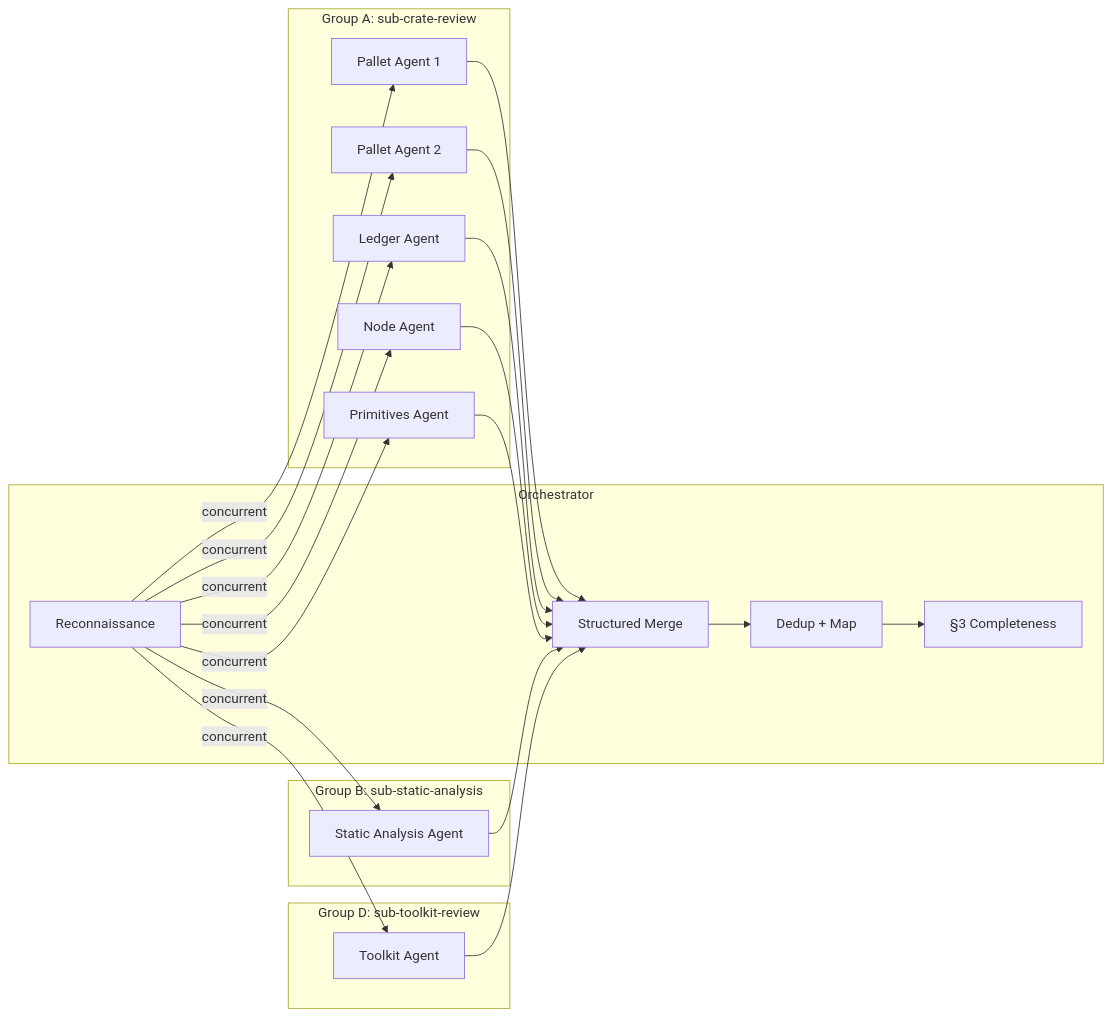
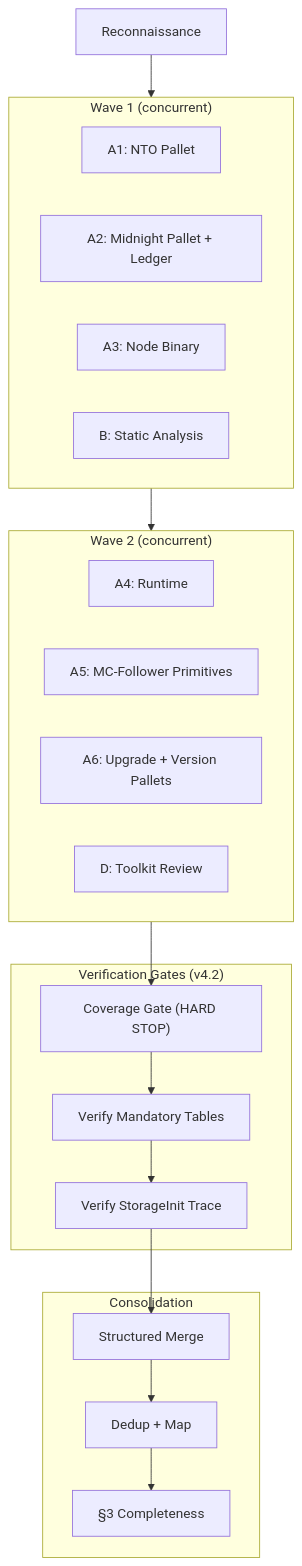
The second of 6 diagrams in substrate-node-security-audit/README.md (m2ux/workflow-server), drawn with Mermaid before and after one commit. The commit also changed other lines of this file, not shown here.

````diff
--- a/substrate-node-security-audit/README.md
+++ b/substrate-node-security-audit/README.md
@@ -79,42 +97,38 @@
 ```mermaid
-graph LR
-    subgraph orchestrator[Orchestrator]
-        RECON[Reconnaissance]
+graph TD
+    RECON[Reconnaissance] --> W1
+
+    subgraph W1["Wave 1 (concurrent)"]
+        A1["A1: NTO Pallet"]
+        A2["A2: Midnight Pallet + Ledger"]
+        A3["A3: Node Binary"]
+        B1["B: Static Analysis"]
+    end
+
+    W1 --> W2
+
+    subgraph W2["Wave 2 (concurrent)"]
+        A4["A4: Runtime"]
+        A5["A5: MC-Follower Primitives"]
+        A6["A6: Upgrade + Version Pallets"]
+        D1["D: Toolkit Review"]
+    end
+
+    W2 --> COV
+
+    subgraph verification["Verification Gates (v4.2)"]
+        COV["Coverage Gate (HARD STOP)"]
+        VTBL["Verify Mandatory Tables"]
+        VSTO["Verify StorageInit Trace"]
+    end
+
+    COV --> VTBL --> VSTO --> MERGE
+
+    subgraph consolidation[Consolidation]
         MERGE[Structured Merge]
         DEDUP[Dedup + Map]
         CHECK["§3 Completeness"]
     end
 
-    subgraph groupA["Group A: sub-crate-review"]
-        A1[Pallet Agent 1]
-        A2[Pallet Agent 2]
-        A3[Ledger Agent]
-        A4[Node Agent]
-        A5[Primitives Agent]
-    end
-
-    subgraph groupB["Group B: sub-static-analysis"]
-        B1[Static Analysis Agent]
-    end
-
-    subgraph groupD["Group D: sub-toolkit-review"]
-        D1[Toolkit Agent]
-    end
-
-    RECON -->|concurrent| A1
-    RECON -->|concurrent| A2
-    RECON -->|concurrent| A3
-    RECON -->|concurrent| A4
-    RECON -->|concurrent| A5
-    RECON -->|concurrent| B1
-    RECON -->|concurrent| D1
-
-    A1 --> MERGE
-    A2 --> MERGE
-    A3 --> MERGE
-    A4 --> MERGE
-    A5 --> MERGE
-    B1 --> MERGE
-    D1 --> MERGE
     MERGE --> DEDUP --> CHECK
 ```
````
